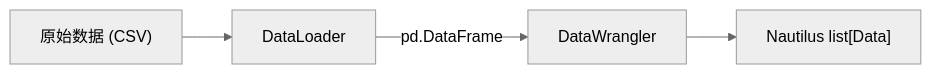
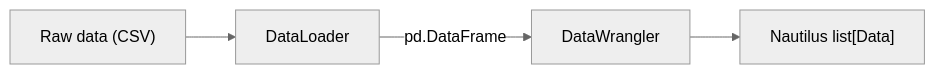
Before and after one commit to wukai9203/nautilus_trader: the diagram in docs_zh/concepts/data.md, drawn with Mermaid (neutral theme). The commit also changed other lines of this file and 101 other files, not shown here.

````diff
--- a/docs_zh/concepts/data.md
+++ b/docs_zh/concepts/data.md
@@ -495,11 +612,11 @@
 ```mermaid
 flowchart LR
-    raw["原始数据 (CSV)"]
+    raw["Raw data (CSV)"]
     loader[DataLoader]
     wrangler[DataWrangler]
     output["Nautilus list[Data]"]
 
     raw --> loader
     loader -->|"pd.DataFrame"| wrangler
     wrangler --> output
 ```
````
